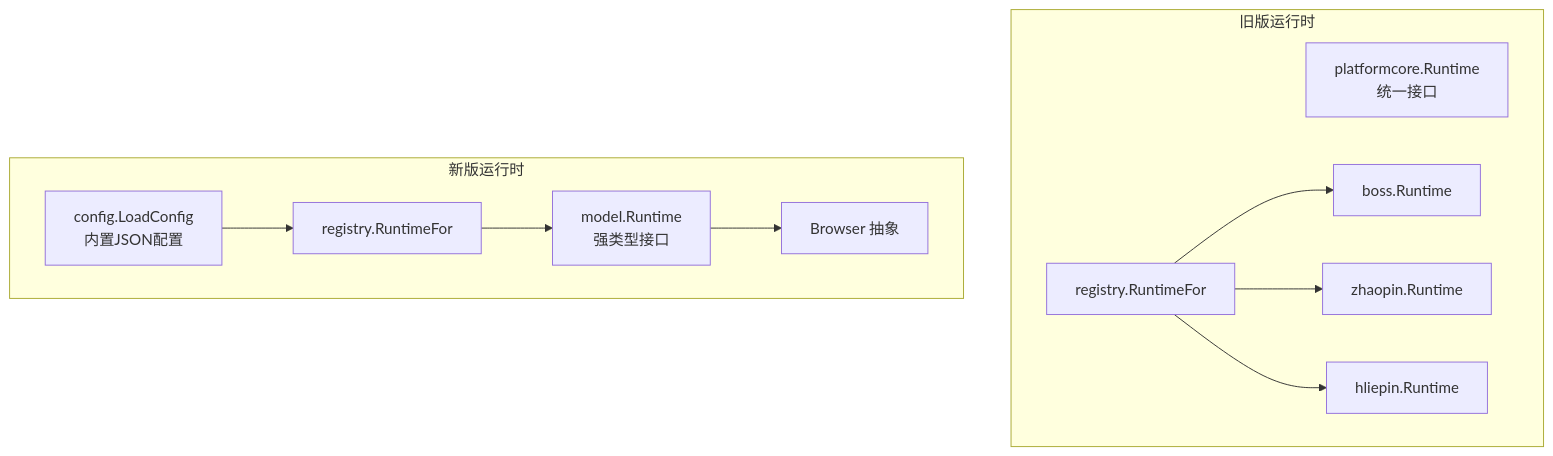
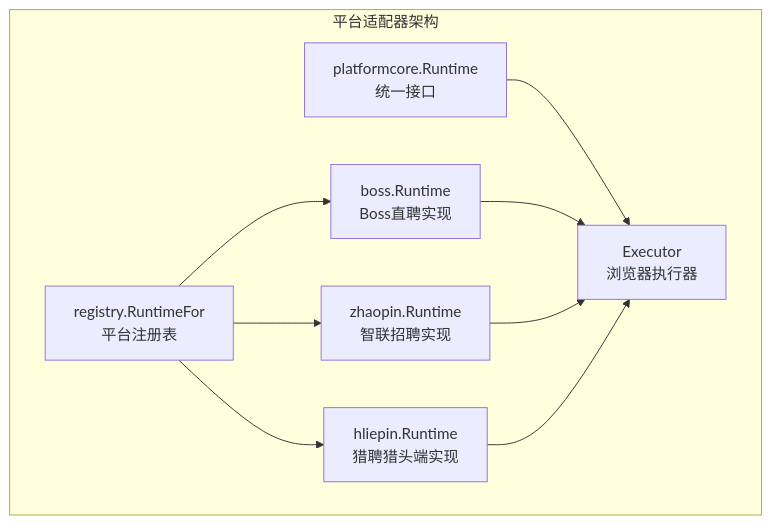
Before and after one commit to alvinwangzi/goodhr: the first of 9 diagrams in .qoder/repowiki/zh/content/系统架构/本地Agent架构/平台适配器系统/平台适配器系统.md, drawn with Mermaid. The commit also changed other lines of this file and 10 other files, not shown here.

````diff
--- a/.qoder/repowiki/zh/content/系统架构/本地Agent架构/平台适配器系统/平台适配器系统.md
+++ b/.qoder/repowiki/zh/content/系统架构/本地Agent架构/平台适配器系统/平台适配器系统.md
@@ -41,22 +41,18 @@
 ```mermaid
 graph TB
-subgraph "旧版运行时"
+subgraph "平台适配器架构"
 A["platformcore.Runtime<br/>统一接口"]
-B["boss.Runtime"]
-C["zhaopin.Runtime"]
-D["hliepin.Runtime"]
-E["registry.RuntimeFor"]
-end
-subgraph "新版运行时"
-F["model.Runtime<br/>强类型接口"]
-G["Browser 抽象"]
-H["config.LoadConfig<br/>内置JSON配置"]
-I["registry.RuntimeFor"]
+B["boss.Runtime<br/>Boss直聘实现"]
+C["zhaopin.Runtime<br/>智联招聘实现"]
+D["hliepin.Runtime<br/>猎聘猎头端实现"]
+E["registry.RuntimeFor<br/>平台注册表"]
+F["Executor<br/>浏览器执行器"]
 end
 E --> B
 E --> C
 E --> D
-I --> F
-H --> I
-F --> G
+A --> F
+B --> F
+C --> F
+D --> F
 ```
````
